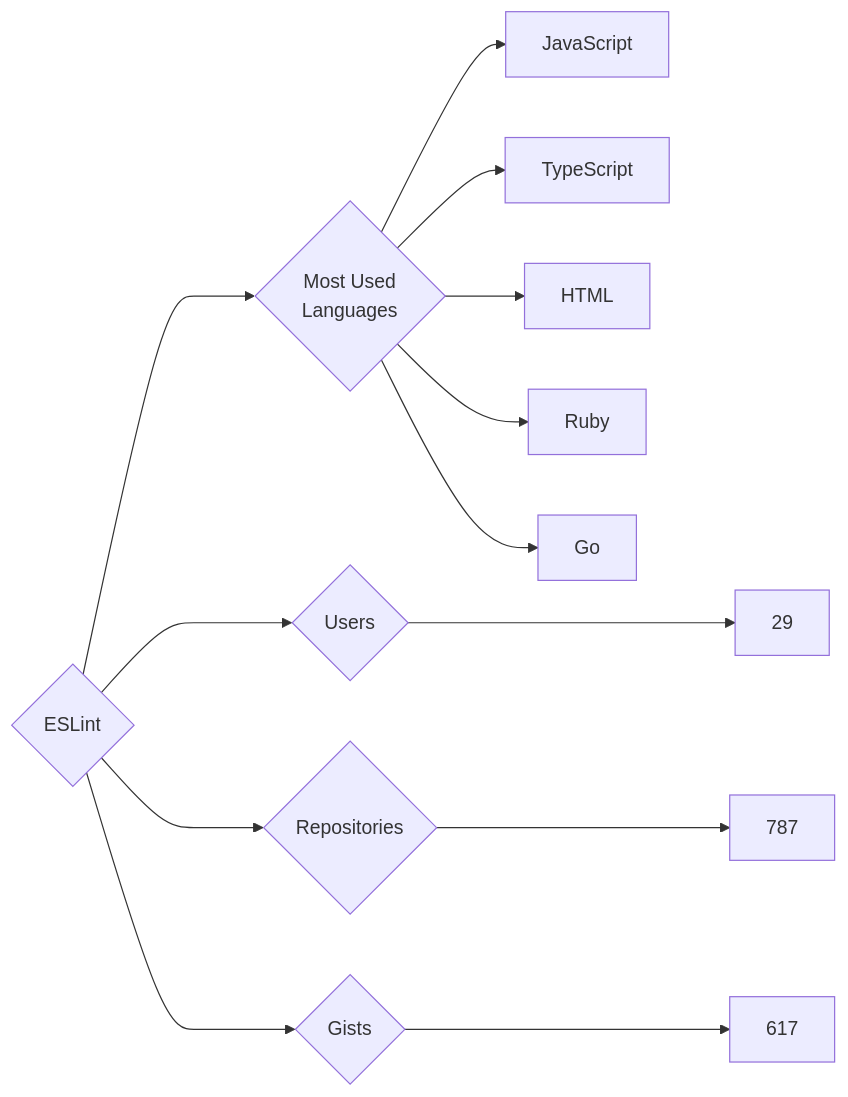
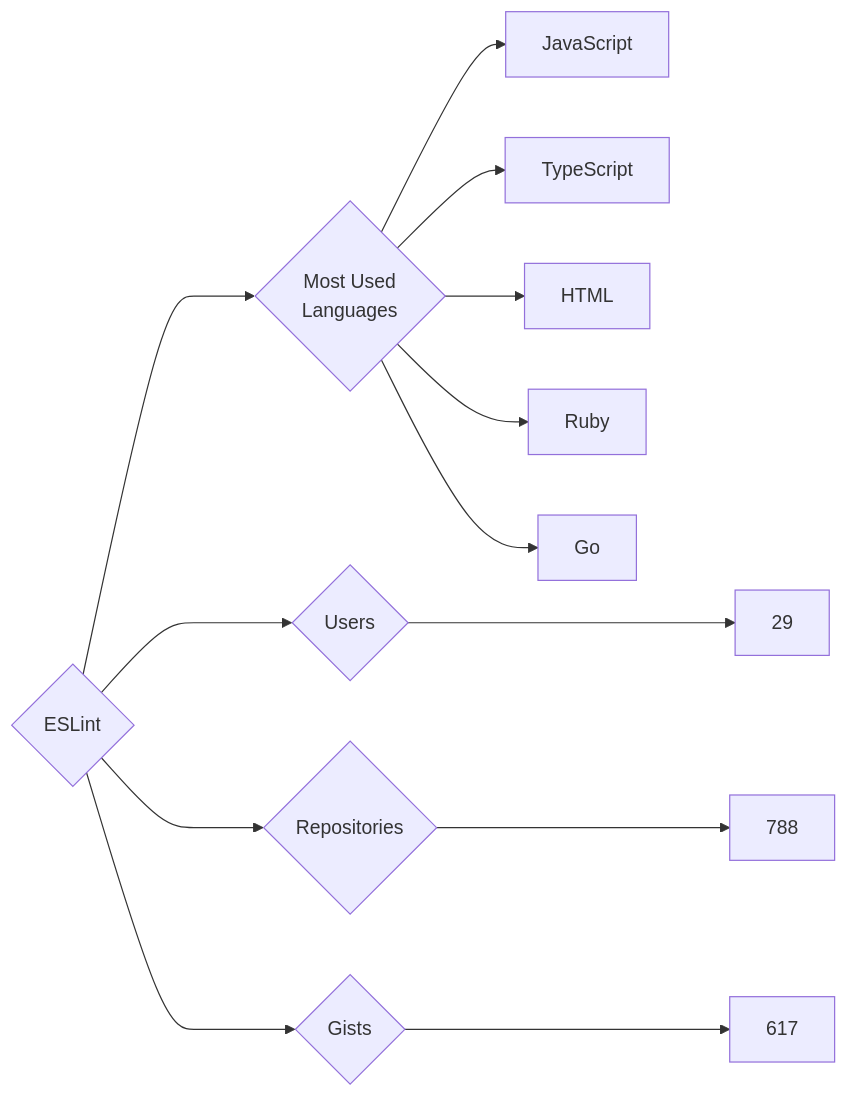
One commit to trickest/insiders changed the diagram in targets/ESLint/README.md. Above: the diagram before and after it, drawn with Mermaid. The commit also changed 622 other files, not shown here.

````diff
--- a/targets/ESLint/README.md
+++ b/targets/ESLint/README.md
@@ -3,13 +3,13 @@
 ```mermaid
 graph LR
 COMPANY_NAME{ESLint}
 COMPANY_NAME ---> U{Users} ---> UN[29]
-COMPANY_NAME ---> R{Repositories} ---> RN[787]
+COMPANY_NAME ---> R{Repositories} ---> RN[788]
 COMPANY_NAME ---> G{Gists} ---> GN[617]
 COMPANY_NAME ---> ML{Most Used<br>Languages}
 ML --> JavaScript[JavaScript]
 ML --> TypeScript[TypeScript]
 ML --> HTML[HTML]
 ML --> Ruby[Ruby]
 ML --> Go[Go]
 ```
````
